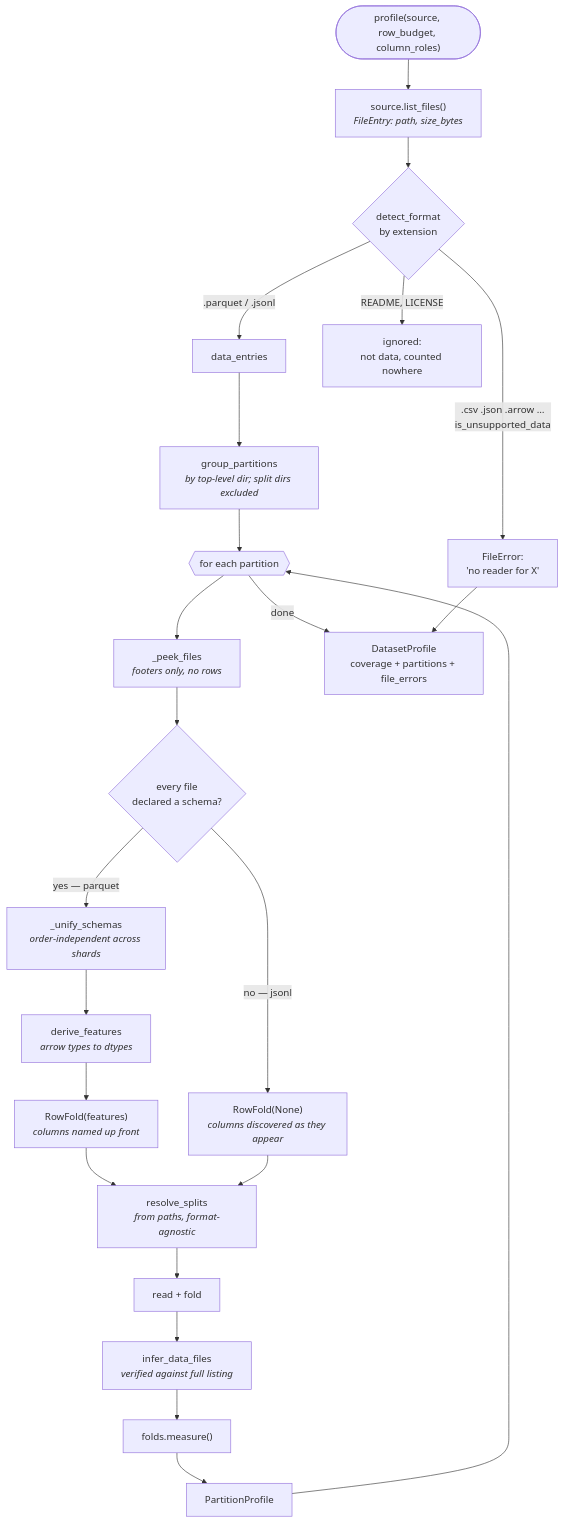
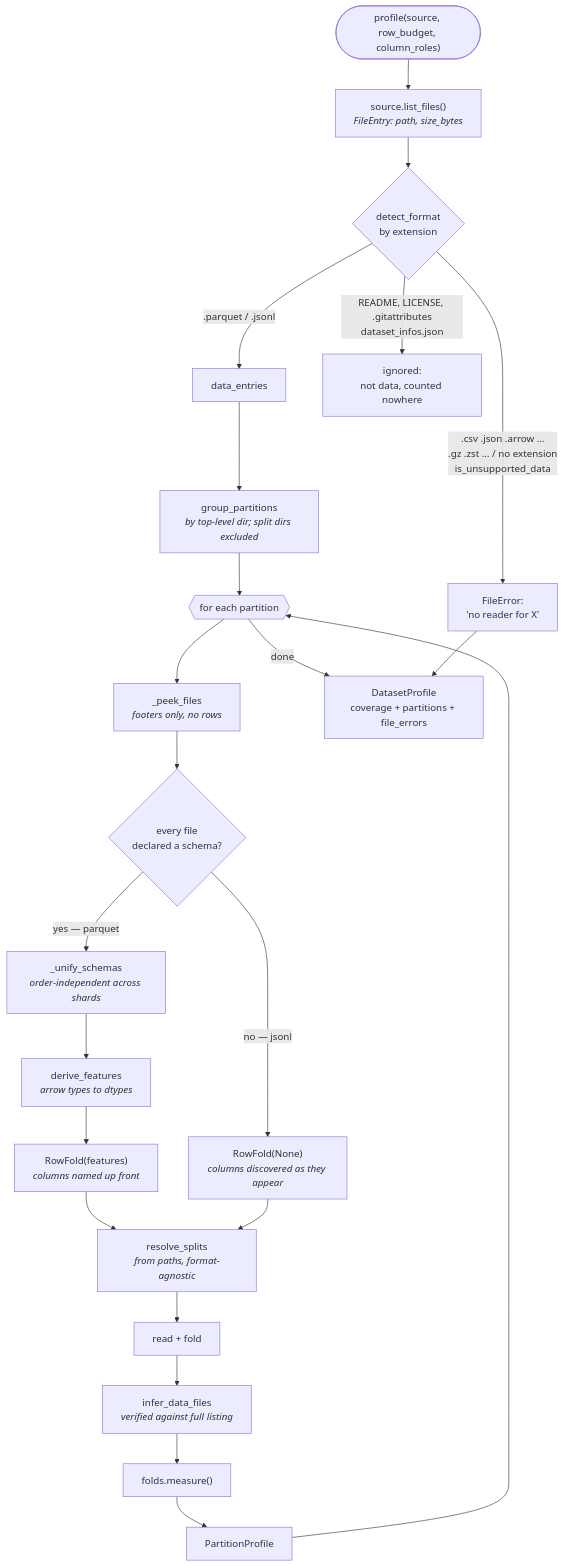
One commit to NVIDIA-NeMo/nemo-platform changed the first of 3 diagrams in plugins/nemo-datasets/README.md. Above: the diagram before and after it, drawn with Mermaid. The commit also changed other lines of this file and 4 other files, not shown here.

````diff
--- a/plugins/nemo-datasets/README.md
+++ b/plugins/nemo-datasets/README.md
@@ -438,30 +452,30 @@
 ```mermaid
 flowchart TD
     START(["profile(source, row_budget, column_roles)"]) --> LIST["source.list_files()<br/><i>FileEntry: path, size_bytes</i>"]
     LIST --> DET{"detect_format<br/>by extension"}
 
     DET -->|".parquet / .jsonl"| DATA["data_entries"]
-    DET -->|".csv .json .arrow …<br/>is_unsupported_data"| UNSUP["FileError:<br/>'no reader for X'"]
-    DET -->|"README, LICENSE"| IGNORE["ignored:<br/>not data, counted nowhere"]
+    DET -->|".csv .json .arrow …<br/>.gz .zst … / no extension<br/>is_unsupported_data"| UNSUP["FileError:<br/>'no reader for X'"]
+    DET -->|"README, LICENSE, .gitattributes<br/>dataset_infos.json"| IGNORE["ignored:<br/>not data, counted nowhere"]
 
     DATA --> GRP["group_partitions<br/><i>by top-level dir; split dirs excluded</i>"]
     GRP --> LOOP{{"for each partition"}}
     LOOP --> PEEK["_peek_files<br/><i>footers only, no rows</i>"]
     PEEK --> BRANCH{"every file<br/>declared a schema?"}
 
     BRANCH -->|"yes — parquet"| UNI["_unify_schemas<br/><i>order-independent across shards</i>"]
     UNI --> DERIVE["derive_features<br/><i>arrow types to dtypes</i>"]
     DERIVE --> CF["RowFold(features)<br/><i>columns named up front</i>"]
     BRANCH -->|"no — jsonl"| ICF["RowFold(None)<br/><i>columns discovered as they appear</i>"]
 
     CF --> SPLITS
     ICF --> SPLITS["resolve_splits<br/><i>from paths, format-agnostic</i>"]
     SPLITS --> READ["read + fold"]
     READ --> GLOB["infer_data_files<br/><i>verified against full listing</i>"]
     GLOB --> MEASURE["folds.measure()"]
     MEASURE --> PP["PartitionProfile"]
 
     PP --> LOOP
     LOOP -->|"done"| ASM["DatasetProfile<br/>coverage + partitions + file_errors"]
     UNSUP --> ASM
 ```
````
